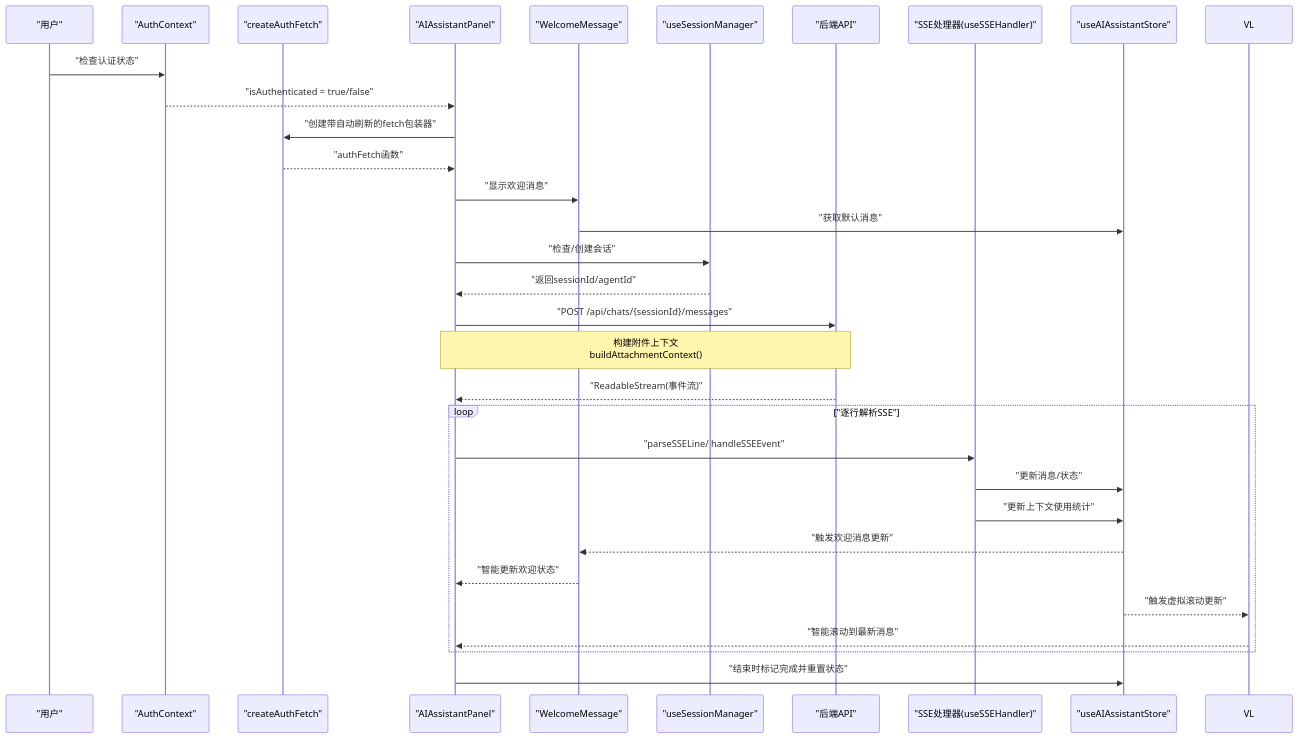
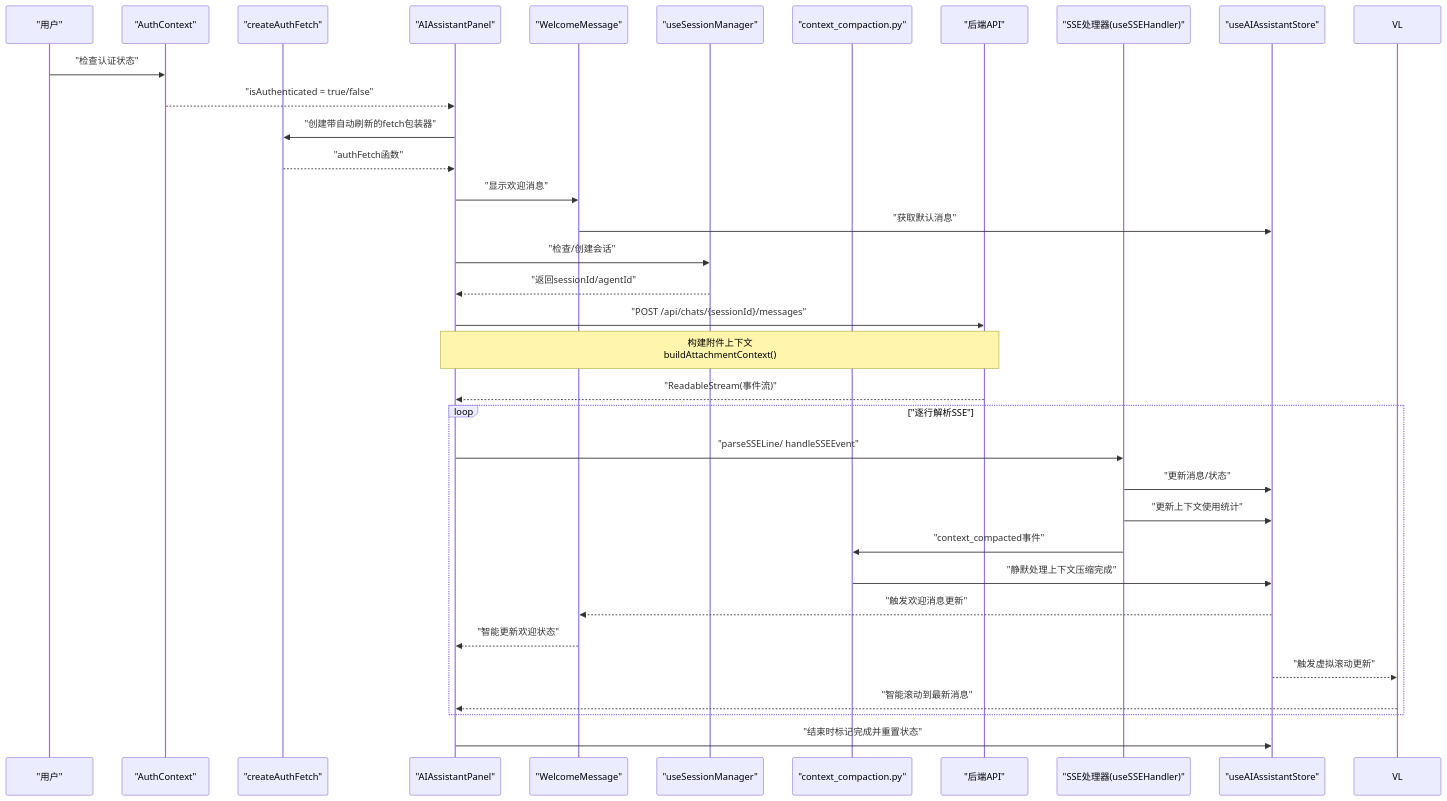
One commit to KunLabAI/KunFlix changed the second of 33 diagrams in .qoder/repowiki/zh/content/前端应用架构/UI组件库/画布组件系统/AI助手面板/AI助手面板.md. Above: the diagram before and after it, drawn with Mermaid. The commit also changed other lines of this file and 14 other files, not shown here.

First line of the commit message:
feat(context_compaction): 新增智能上下文压缩功能

````diff
--- a/.qoder/repowiki/zh/content/前端应用架构/UI组件库/画布组件系统/AI助手面板/AI助手面板.md
+++ b/.qoder/repowiki/zh/content/前端应用架构/UI组件库/画布组件系统/AI助手面板/AI助手面板.md
@@ -258,33 +284,36 @@
 ```mermaid
 sequenceDiagram
 participant U as "用户"
 participant A as "AuthContext"
 participant PF as "createAuthFetch"
 participant P as "AIAssistantPanel"
 participant WM as "WelcomeMessage"
 participant S as "useSessionManager"
+participant CS as "context_compaction.py"
 participant N as "后端API"
 participant SSE as "SSE处理器(useSSEHandler)"
 participant ST as "useAIAssistantStore"
 U->>A : "检查认证状态"
 A-->>P : "isAuthenticated = true/false"
 P->>PF : "创建带自动刷新的fetch包装器"
 PF-->>P : "authFetch函数"
 P->>WM : "显示欢迎消息"
 WM->>ST : "获取默认消息"
 P->>S : "检查/创建会话"
 S-->>P : "返回sessionId/agentId"
 P->>N : "POST /api/chats/{sessionId}/messages"
 Note over P,N : 构建附件上下文<br/>buildAttachmentContext()
 N-->>P : "ReadableStream(事件流)"
 loop "逐行解析SSE"
 P->>SSE : "parseSSELine/ handleSSEEvent"
 SSE->>ST : "更新消息/状态"
 SSE->>ST : "更新上下文使用统计"
+SSE->>CS : "context_compacted事件"
+CS->>ST : "静默处理上下文压缩完成"
 ST-->>WM : "触发欢迎消息更新"
 WM-->>P : "智能更新欢迎状态"
 ST-->>VL : "触发虚拟滚动更新"
 VL-->>P : "智能滚动到最新消息"
 end
 P->>ST : "结束时标记完成并重置状态"
 ```
````
